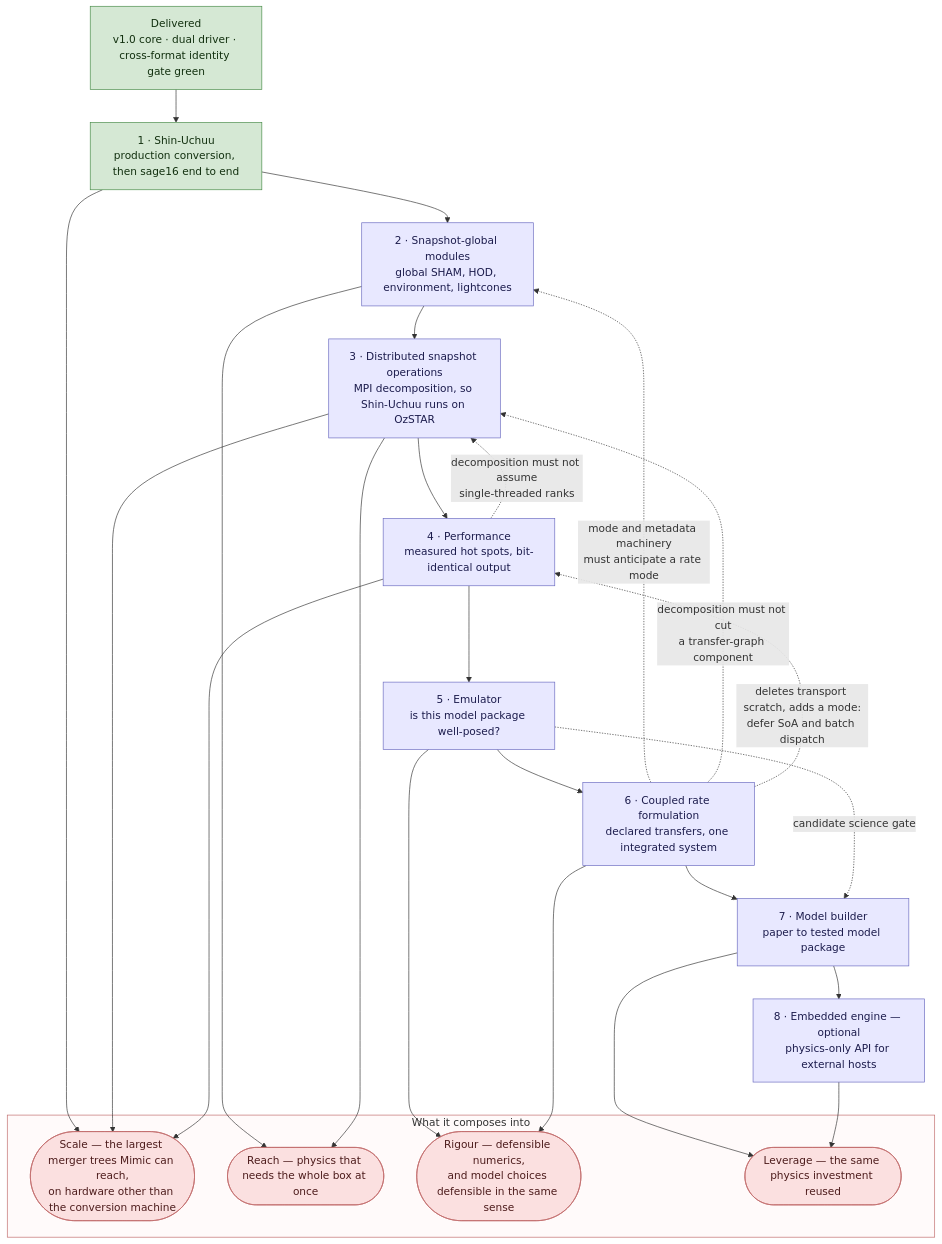
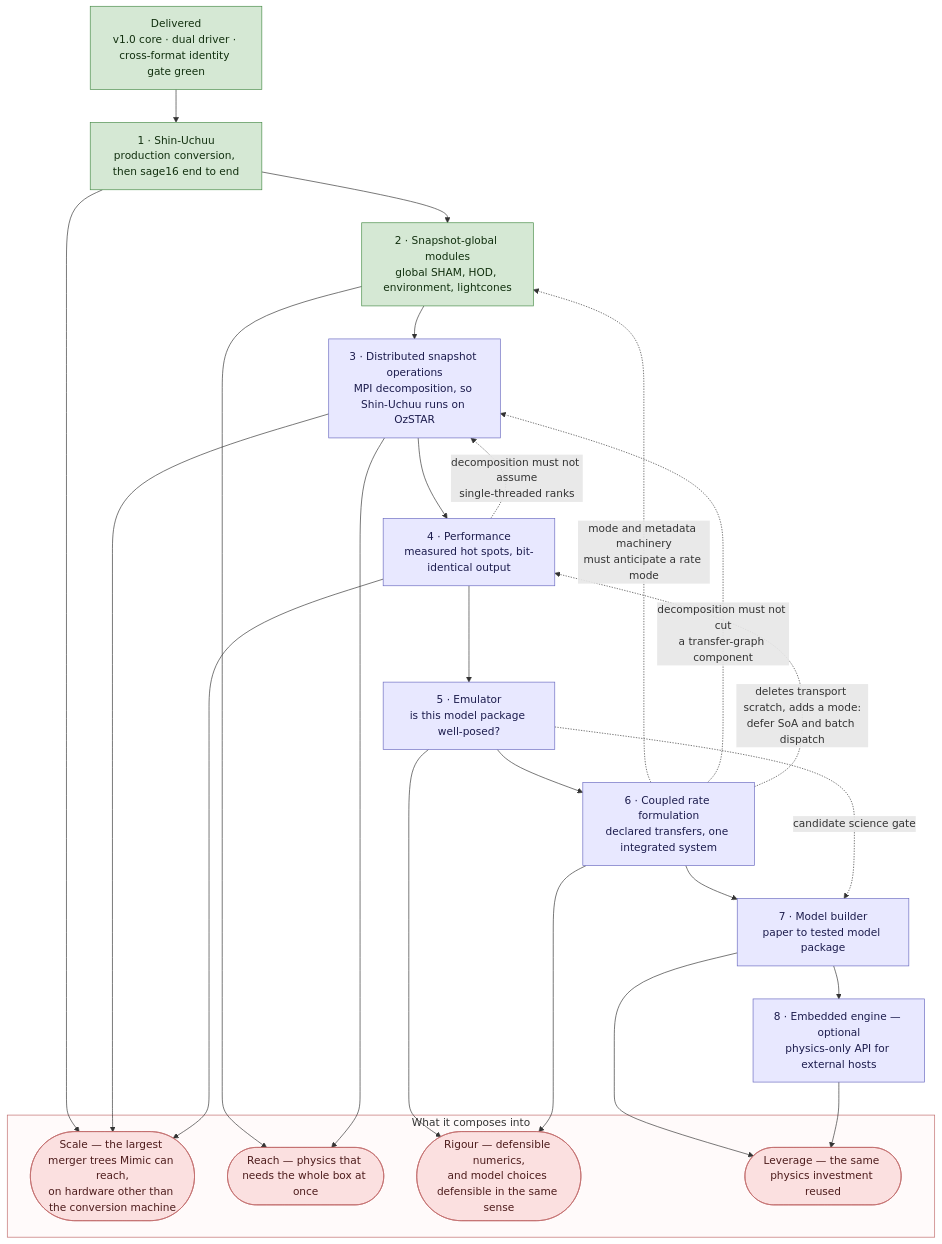
One commit to darrencroton/mimic changed the diagram in docs/dev/MIMIC-DEVELOPMENT-PATHWAY.md. Above: the diagram before and after it, drawn with Mermaid. The commit also changed other lines of this file and 3 other files, not shown here.

````diff
--- a/docs/dev/MIMIC-DEVELOPMENT-PATHWAY.md
+++ b/docs/dev/MIMIC-DEVELOPMENT-PATHWAY.md
@@ -27,49 +27,49 @@
 ```mermaid
 flowchart TD
     DONE["Delivered<br/>v1.0 core · dual driver · cross-format identity gate green"]
 
     S1["1 · Shin-Uchuu<br/>production conversion, then sage16 end to end"]
     S2["2 · Snapshot-global modules<br/>global SHAM, HOD, environment, lightcones"]
     S3["3 · Distributed snapshot operations<br/>MPI decomposition, so Shin-Uchuu runs on OzSTAR"]
     S4["4 · Performance<br/>measured hot spots, bit-identical output"]
     S5["5 · Emulator<br/>is this model package well-posed?"]
     S6["6 · Coupled rate formulation<br/>declared transfers, one integrated system"]
     S7["7 · Model builder<br/>paper to tested model package"]
     S8["8 · Embedded engine — optional<br/>physics-only API for external hosts"]
 
     subgraph VALUE["What it composes into"]
         VSCALE(["Scale — the largest merger trees Mimic can reach,<br/>on hardware other than the conversion machine"])
         VREACH(["Reach — physics that needs the whole box at once"])
         VRIGOUR(["Rigour — defensible numerics,<br/>and model choices defensible in the same sense"])
         VLEVER(["Leverage — the same physics investment reused"])
     end
 
     DONE --> S1 --> S2 --> S3 --> S4 --> S5 --> S6 --> S7 --> S8
 
     S6 -.->|mode and metadata machinery<br/>must anticipate a rate mode| S2
     S6 -.->|decomposition must not cut<br/>a transfer-graph component| S3
     S6 -.->|deletes transport scratch, adds a mode:<br/>defer SoA and batch dispatch| S4
     S4 -.->|decomposition must not assume<br/>single-threaded ranks| S3
     S5 -.->|candidate science gate| S7
 
     S1 --> VSCALE
     S3 --> VSCALE
     S4 --> VSCALE
     S2 --> VREACH
     S3 --> VREACH
     S5 --> VRIGOUR
     S6 --> VRIGOUR
     S7 --> VLEVER
     S8 --> VLEVER
 
     classDef done fill:#d5e8d4,stroke:#478c47,color:#12300f
     classDef step fill:#e8e8ff,stroke:#6a6ac0,color:#1c1c4d
     classDef flight fill:#fff2cc,stroke:#c8a415,color:#3d3000
     classDef value fill:#fbe0e0,stroke:#c06a6a,color:#4d1c1c
     class DONE done
-    class S1 done
-    class S2,S3,S4,S5,S6,S7,S8 step
+    class S1,S2 done
+    class S3,S4,S5,S6,S7,S8 step
     class VSCALE,VREACH,VRIGOUR,VLEVER value
 
     style VALUE fill:#fffafa,stroke:#c06a6a
 ```
````
